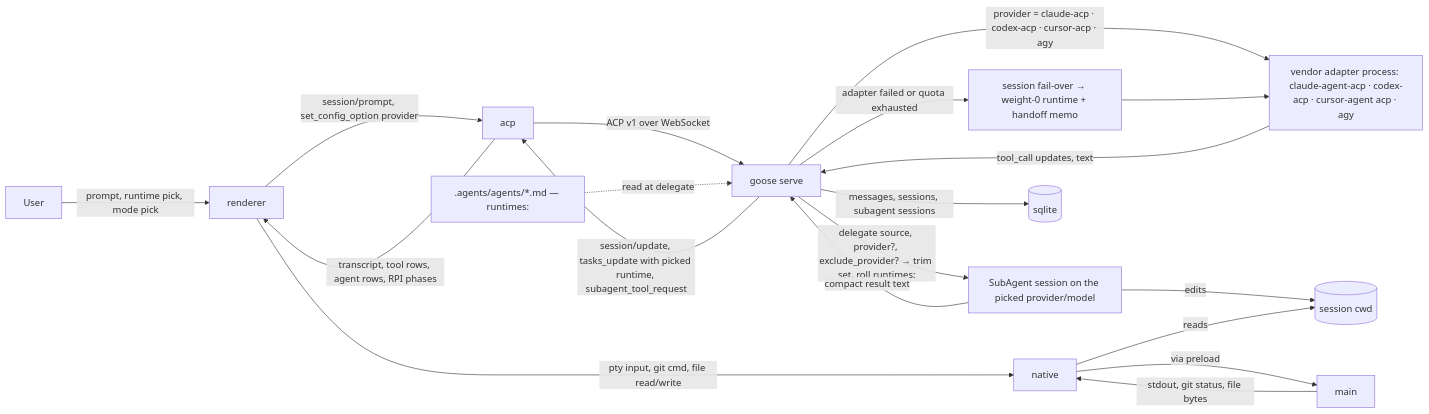
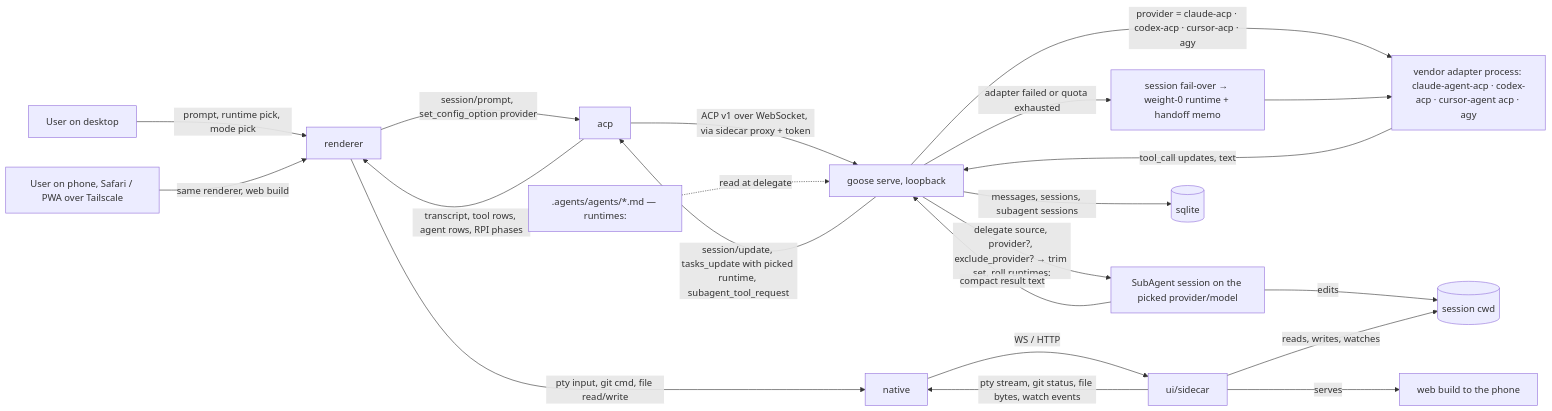
One commit to hoaqbui/melody-agent2 changed the second of 2 diagrams in ARCHITECTURE.md. Above: the diagram before and after it, drawn with Mermaid. The commit also changed other lines of this file and 5 other files, not shown here.

````diff
--- a/ARCHITECTURE.md
+++ b/ARCHITECTURE.md
@@ -109,21 +120,23 @@
 ```mermaid
 flowchart LR
-    user[User] -->|prompt, runtime pick, mode pick| renderer
+    user[User on desktop] -->|prompt, runtime pick, mode pick| renderer
+    phone[User on phone, Safari / PWA over Tailscale] -->|same renderer, web build| renderer
     renderer -->|session/prompt, set_config_option provider| acp
-    acp -->|ACP v1 over WebSocket| serve[goose serve]
+    acp -->|ACP v1 over WebSocket, via sidecar proxy + token| serve[goose serve, loopback]
     serve -->|provider = claude-acp · codex-acp · cursor-acp · agy| adapter[vendor adapter process: claude-agent-acp · codex-acp · cursor-agent acp · agy]
     adapter -->|tool_call updates, text| serve
     serve -->|adapter failed or quota exhausted| failover[session fail-over → weight-0 runtime + handoff memo]
     failover --> adapter
     serve -->|delegate source, provider?, exclude_provider? → trim set, roll runtimes:| sub[SubAgent session on the picked provider/model]
     sub -->|compact result text| serve
     serve -->|session/update, tasks_update with picked runtime, subagent_tool_request| acp
     acp -->|transcript, tool rows, agent rows, RPI phases| renderer
     renderer -->|pty input, git cmd, file read/write| native
-    native -->|via preload| main
-    main -->|stdout, git status, file bytes| native
+    native -->|WS / HTTP| sidecar[ui/sidecar]
+    sidecar -->|pty stream, git status, file bytes, watch events| native
+    sidecar -->|serves| webbuild[web build to the phone]
     serve -->|messages, sessions, subagent sessions| store[(sqlite)]
     sub -->|edits| cwd[(session cwd)]
-    native -->|reads| cwd
+    sidecar -->|reads, writes, watches| cwd
     roles[.agents/agents/*.md — runtimes:] -.->|read at delegate| serve
 ```
````
